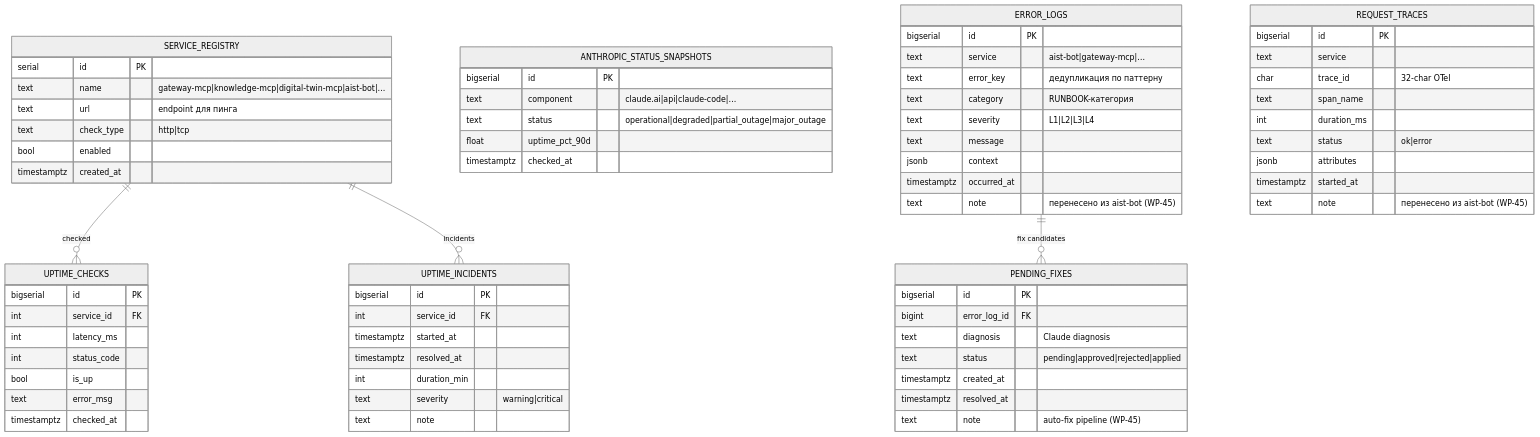
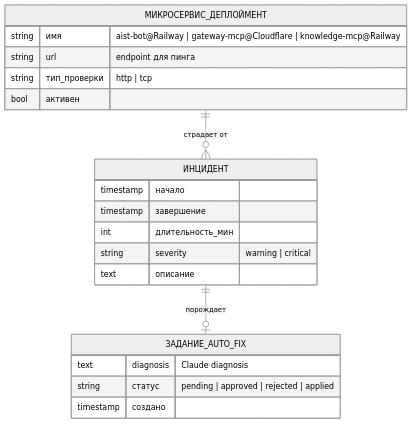
Before and after one commit to TserenTserenov/PACK-digital-platform: diagram 13 of 14 in pack/digital-platform/02-domain-entities/DP.ARCH.004-neon-data-architecture.md, drawn with Mermaid (neutral theme). The commit also changed other lines of this file, not shown here.

First line of the commit message:
docs(arch.004): §5 ER-диаграммы 9 БД — концептуальные (WP-228 Ф9)

````diff
--- a/pack/digital-platform/02-domain-entities/DP.ARCH.004-neon-data-architecture.md
+++ b/pack/digital-platform/02-domain-entities/DP.ARCH.004-neon-data-architecture.md
@@ -1668,77 +1210,24 @@
 ```mermaid
 erDiagram
-    SERVICE_REGISTRY {
-        serial      id              PK
-        text        name            "gateway-mcp|knowledge-mcp|digital-twin-mcp|aist-bot|…"
-        text        url             "endpoint для пинга"
-        text        check_type      "http|tcp"
-        bool        enabled
-        timestamptz created_at
+    МИКРОСЕРВИС_ДЕПЛОЙМЕНТ ||--o{ ИНЦИДЕНТ : "страдает от"
+    ИНЦИДЕНТ ||--o| ЗАДАНИЕ_AUTO_FIX : "порождает"
+
+    МИКРОСЕРВИС_ДЕПЛОЙМЕНТ {
+        string имя "aist-bot@Railway | gateway-mcp@Cloudflare | knowledge-mcp@Railway"
+        string url "endpoint для пинга"
+        string тип_проверки "http | tcp"
+        bool активен
     }
-
-    UPTIME_CHECKS {
-        bigserial   id              PK
-        int         service_id      FK
-        int         latency_ms
-        int         status_code
-        bool        is_up
-        text        error_msg
-        timestamptz checked_at
+    ИНЦИДЕНТ {
+        timestamp начало
+        timestamp завершение
+        int длительность_мин
+        string severity "warning | critical"
+        text описание
     }
-
-    UPTIME_INCIDENTS {
-        bigserial   id              PK
-        int         service_id      FK
-        timestamptz started_at
-        timestamptz resolved_at
-        int         duration_min
-        text        severity        "warning|critical"
-        text        note
+    ЗАДАНИЕ_AUTO_FIX {
+        text diagnosis "Claude diagnosis"
+        string статус "pending | approved | rejected | applied"
+        timestamp создано
     }
-
-    ANTHROPIC_STATUS_SNAPSHOTS {
-        bigserial   id              PK
-        text        component       "claude.ai|api|claude-code|…"
-        text        status          "operational|degraded|partial_outage|major_outage"
-        float       uptime_pct_90d
-        timestamptz checked_at
-    }
-
-    ERROR_LOGS {
-        bigserial   id              PK
-        text        service         "aist-bot|gateway-mcp|…"
-        text        error_key       "дедупликация по паттерну"
-        text        category        "RUNBOOK-категория"
-        text        severity        "L1|L2|L3|L4"
-        text        message
-        jsonb       context
-        timestamptz occurred_at
-        text        note            "перенесено из aist-bot (WP-45)"
-    }
-
-    REQUEST_TRACES {
-        bigserial   id              PK
-        text        service
-        char        trace_id        "32-char OTel"
-        text        span_name
-        int         duration_ms
-        text        status          "ok|error"
-        jsonb       attributes
-        timestamptz started_at
-        text        note            "перенесено из aist-bot (WP-45)"
-    }
-
-    PENDING_FIXES {
-        bigserial   id              PK
-        bigint      error_log_id    FK
-        text        diagnosis       "Claude diagnosis"
-        text        status          "pending|approved|rejected|applied"
-        timestamptz created_at
-        timestamptz resolved_at
-        text        note            "auto-fix pipeline (WP-45)"
-    }
-
-    SERVICE_REGISTRY ||--o{ UPTIME_CHECKS : "checked"
-    SERVICE_REGISTRY ||--o{ UPTIME_INCIDENTS : "incidents"
-    ERROR_LOGS ||--o{ PENDING_FIXES : "fix candidates"
 ```
````
